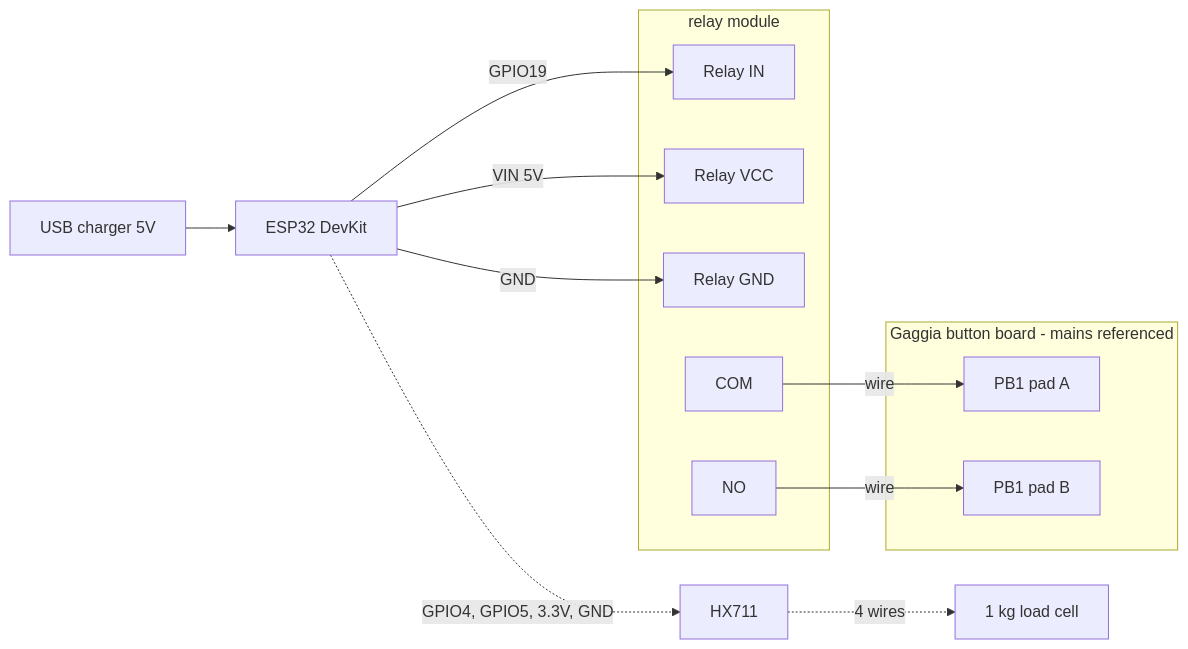
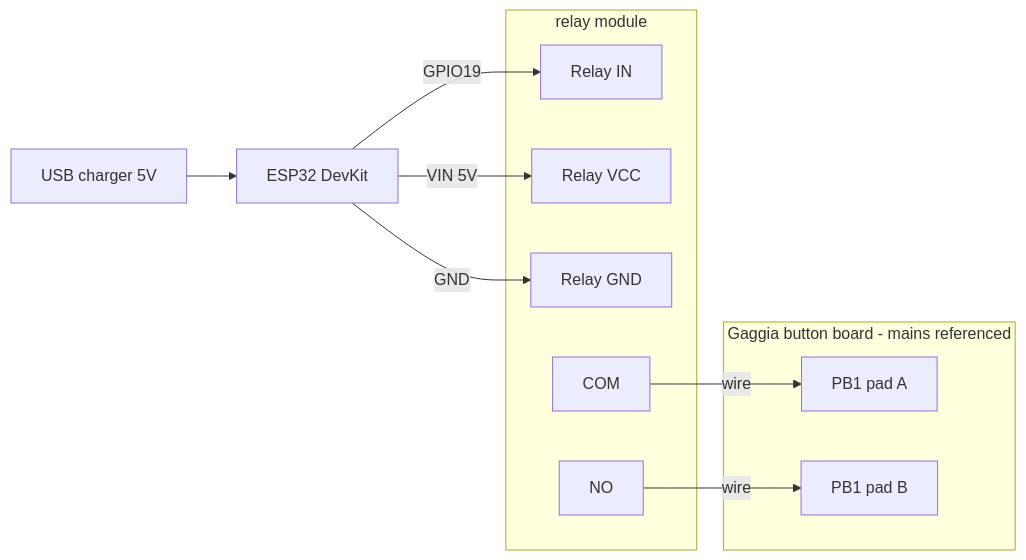
One commit to yiannosparanomos/gaggia-control-and-log changed the diagram in docs/hardware.md. Above: the diagram before and after it, drawn with Mermaid. The commit also changed other lines of this file and 6 other files, not shown here.

````diff
--- a/docs/hardware.md
+++ b/docs/hardware.md
@@ -27,22 +25,20 @@
 ```mermaid
 flowchart LR
   USB[USB charger 5V] --> ESP[ESP32 DevKit]
   ESP -- GPIO19 --> IN[Relay IN]
   ESP -- VIN 5V --> RV[Relay VCC]
   ESP -- GND --> RG[Relay GND]
   subgraph Relay[relay module]
     IN
     RV
     RG
     COM[COM]
     NO[NO]
   end
   COM -- wire --> PB1a[PB1 pad A]
   NO -- wire --> PB1b[PB1 pad B]
   subgraph KBD[Gaggia button board - mains referenced]
     PB1a
     PB1b
   end
-  ESP -.->|"GPIO4, GPIO5, 3.3V, GND"| HX[HX711]
-  HX -.->|4 wires| LC[1 kg load cell]
 ```
````
